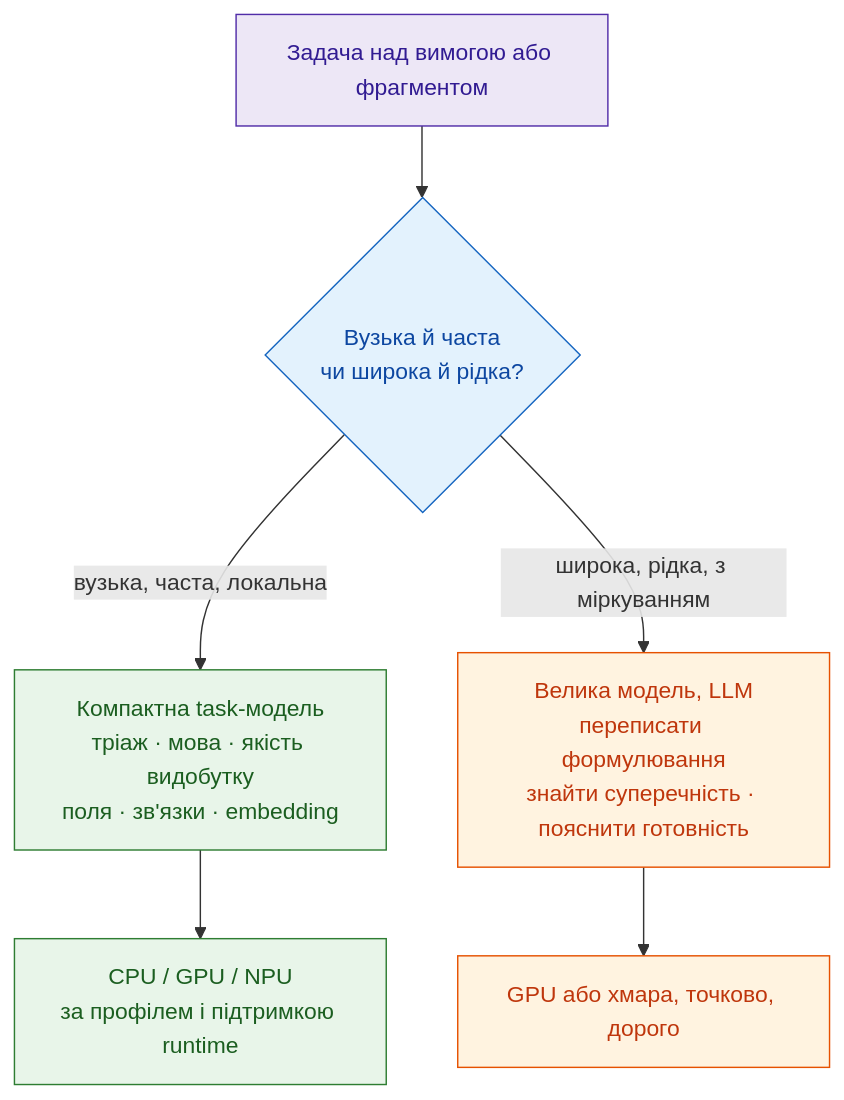
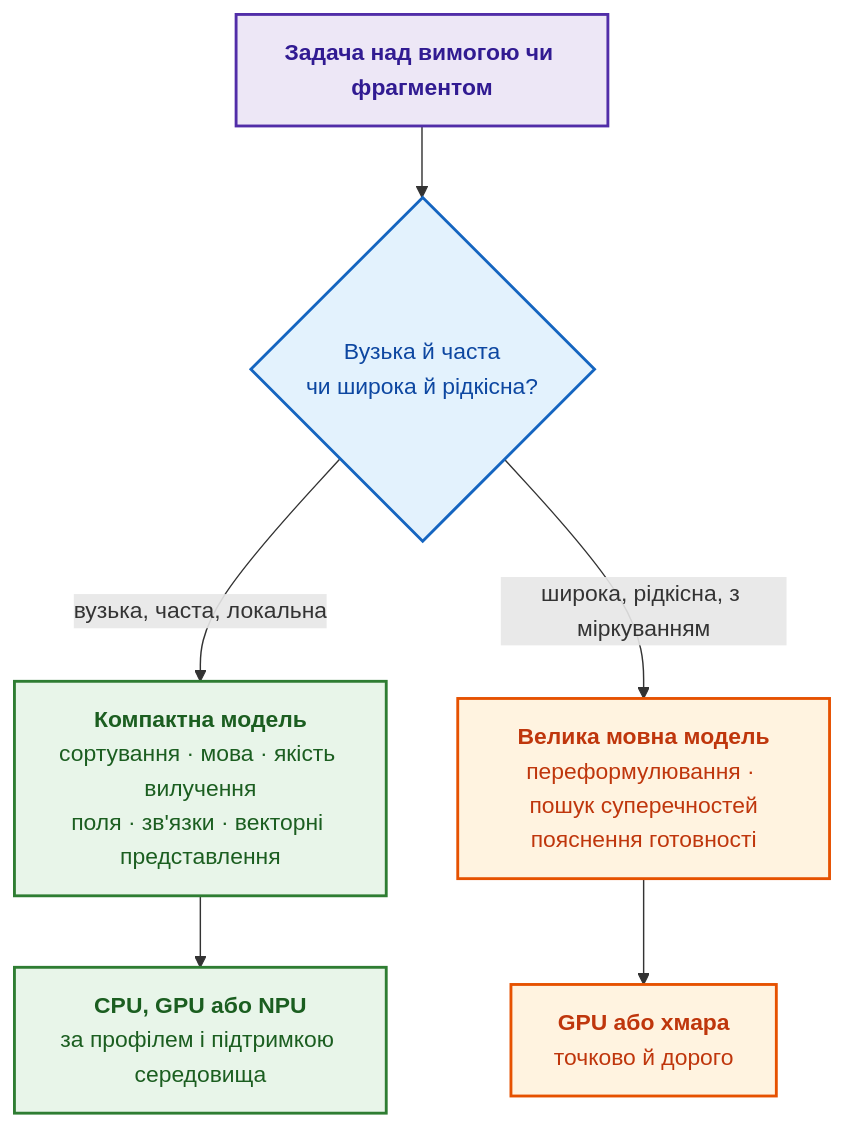
One commit to nick-fedchik/articles changed the ninth of 9 diagrams in ExpertSystem/ch08-engineering-artifacts-as-data.md. Above: the diagram before and after it, drawn with Mermaid. The commit also changed other lines of this file, not shown here.

````diff
--- a/ExpertSystem/ch08-engineering-artifacts-as-data.md
+++ b/ExpertSystem/ch08-engineering-artifacts-as-data.md
@@ -727,21 +680,21 @@
 ```mermaid
 graph TB
-    accTitle: Розподіл завдань між компактними моделями та LLM
-    accDescr: Критерії вибору між малими спеціалізованими моделями (для масового локального тріажу) та великими генеративними LLM.
+    accTitle: Розподіл задач між компактними моделями й великою мовною моделлю
+    accDescr: Вузькі часті задачі над вимогами й фрагментами виконує компактна модель на CPU, GPU чи NPU, а широкі рідкісні задачі з міркуванням виконує велика мовна модель на GPU або в хмарі.
 
-    Task["Задача над вимогою або фрагментом"] --> Q{"Вузька й часта<br/>чи широка й рідка?"}
-    Q -->|"вузька, часта, локальна"| SLM["Компактна task-модель<br/>тріаж · мова · якість видобутку<br/>поля · зв'язки · embedding"]
-    Q -->|"широка, рідка, з міркуванням"| LLM["Велика модель, LLM<br/>переписати формулювання<br/>знайти суперечність · пояснити готовність"]
-    SLM --> HW1["CPU / GPU / NPU<br/>за профілем і підтримкою runtime"]
-    LLM --> HW2["GPU або хмара, точково, дорого"]
+    Task["<b>Задача над вимогою чи фрагментом</b>"] --> Q{"Вузька й часта<br/>чи широка й рідкісна?"}
+    Q -->|"вузька, часта, локальна"| SLM["<b>Компактна модель</b><br/>сортування · мова · якість вилучення<br/>поля · зв'язки · векторні представлення"]
+    Q -->|"широка, рідкісна, з міркуванням"| LLM["<b>Велика мовна модель</b><br/>переформулювання · пошук суперечностей<br/>пояснення готовності"]
+    SLM --> HW1["<b>CPU, GPU або NPU</b><br/>за профілем і підтримкою середовища"]
+    LLM --> HW2["<b>GPU або хмара</b><br/>точково й дорого"]
 
-    classDef task fill:#ede7f6,stroke:#512da8,color:#311b92;
-    classDef q fill:#e3f2fd,stroke:#1565c0,color:#0d47a1;
-    classDef slm fill:#e8f5e9,stroke:#2e7d32,color:#1b5e20;
-    classDef llm fill:#fff3e0,stroke:#e65100,color:#bf360c;
+    classDef task fill:#ede7f6,stroke:#512da8,stroke-width:2px,color:#311b92;
+    classDef q fill:#e3f2fd,stroke:#1565c0,stroke-width:2px,color:#0d47a1;
+    classDef slm fill:#e8f5e9,stroke:#2e7d32,stroke-width:2px,color:#1b5e20;
+    classDef llm fill:#fff3e0,stroke:#e65100,stroke-width:2px,color:#bf360c;
 
     class Task task;
     class Q q;
     class SLM,HW1 slm;
     class LLM,HW2 llm;
 ```
````
